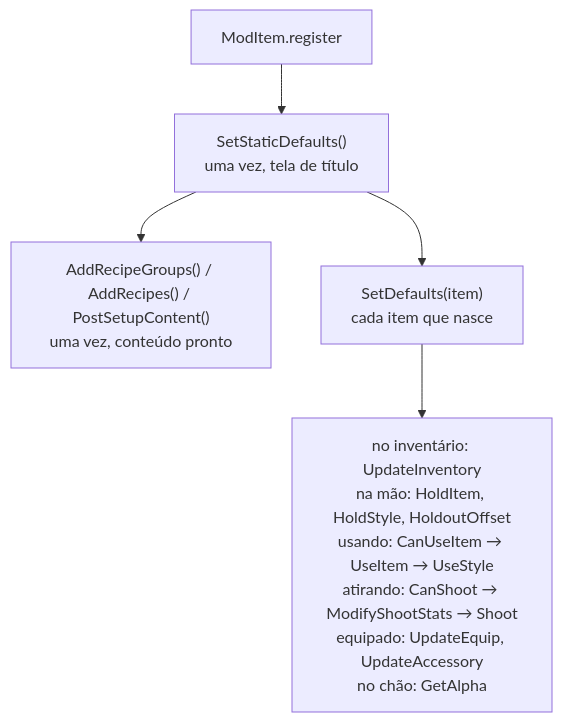
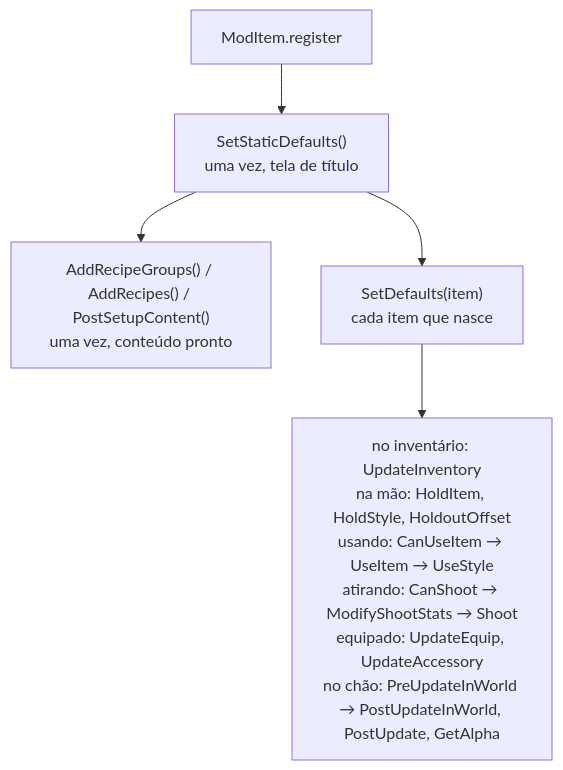
One commit to MantovaniDevTrue/Bunnyloader-Csharp changed the diagram in Split/Bunny-Loader/docs/mods/05-itens.md. Above: the diagram before and after it, drawn with Mermaid. The commit also changed other lines of this file and 161 other files, not shown here.

````diff
--- a/Split/Bunny-Loader/docs/mods/05-itens.md
+++ b/Split/Bunny-Loader/docs/mods/05-itens.md
@@ -43,7 +43,7 @@
 ```mermaid
 flowchart TD
     R["ModItem.register"] --> S["SetStaticDefaults()<br/>uma vez, tela de título"]
     S --> P["AddRecipeGroups() / AddRecipes() / PostSetupContent()<br/>uma vez, conteúdo pronto"]
     S --> D["SetDefaults(item)<br/>cada item que nasce"]
-    D --> U["no inventário: UpdateInventory<br/>na mão: HoldItem, HoldStyle, HoldoutOffset<br/>usando: CanUseItem → UseItem → UseStyle<br/>atirando: CanShoot → ModifyShootStats → Shoot<br/>equipado: UpdateEquip, UpdateAccessory<br/>no chão: GetAlpha"]
+    D --> U["no inventário: UpdateInventory<br/>na mão: HoldItem, HoldStyle, HoldoutOffset<br/>usando: CanUseItem → UseItem → UseStyle<br/>atirando: CanShoot → ModifyShootStats → Shoot<br/>equipado: UpdateEquip, UpdateAccessory<br/>no chão: PreUpdateInWorld → PostUpdateInWorld, PostUpdate, GetAlpha"]
 ```
````
